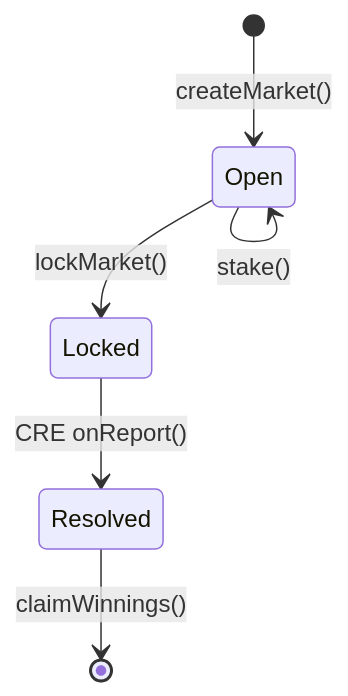
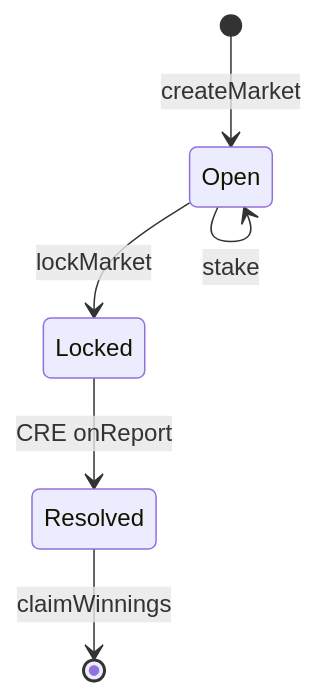
One commit to yeheskieltame/TedongSilaga changed the second of 2 diagrams in README.md. Above: the diagram before and after it, drawn with Mermaid. The commit also changed other lines of this file and 6 other files, not shown here.

````diff
--- a/README.md
+++ b/README.md
@@ -120,8 +119,8 @@
 ```mermaid
 stateDiagram-v2
-    [*] --> Open: createMarket()
-    Open --> Open: stake()
-    Open --> Locked: lockMarket()
-    Locked --> Resolved: CRE onReport()
-    Resolved --> [*]: claimWinnings()
+    [*] --> Open: createMarket
+    Open --> Open: stake
+    Open --> Locked: lockMarket
+    Locked --> Resolved: CRE onReport
+    Resolved --> [*]: claimWinnings
 ```
````
